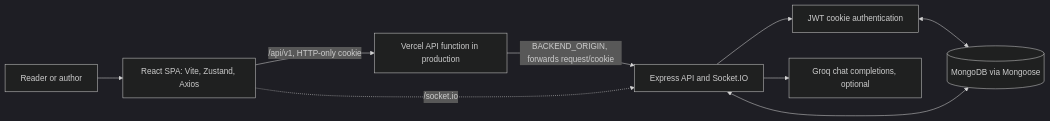
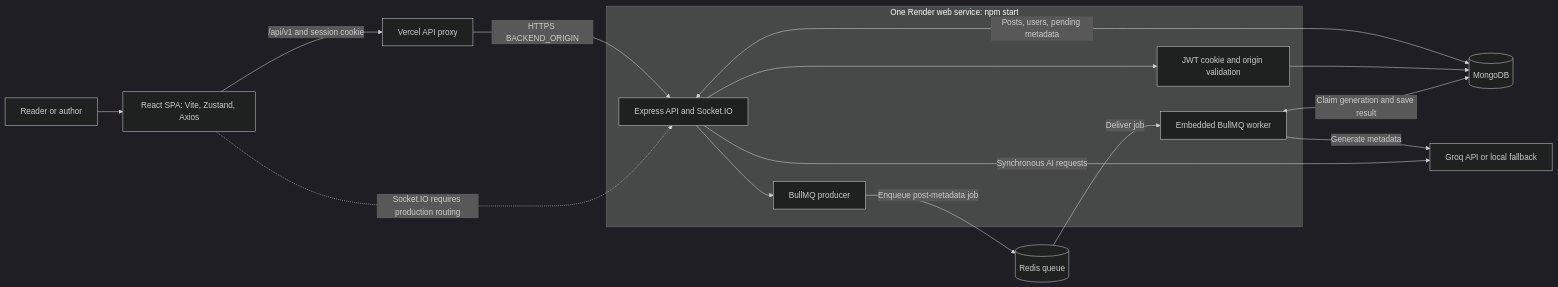
Before and after one commit to Heregaurav/inkwell: the first of 4 diagrams in README.md, drawn with Mermaid (dark theme). The commit also changed other lines of this file and 6 other files, not shown here.

````diff
--- a/README.md
+++ b/README.md
@@ -7,19 +7,22 @@
 ```mermaid
 flowchart LR
-  User[Reader or author]
-  Browser[React SPA: Vite, Zustand, Axios]
-  Proxy[Vercel API function in production]
-  API[Express API and Socket.IO]
-  Auth[JWT cookie authentication]
-  DB[(MongoDB via Mongoose)]
-  Groq[Groq chat completions, optional]
-
-  User --> Browser
-  Browser -->|/api/v1, HTTP-only cookie| Proxy
-  Proxy -->|BACKEND_ORIGIN, forwards request/cookie| API
-  API --> Auth
-  Auth <--> DB
-  API <--> DB
-  API --> Groq
-  Browser -.->|/socket.io| API
+  User["Reader or author"] --> Browser["React SPA: Vite, Zustand, Axios"]
+  Browser -->|"/api/v1 and session cookie"| Proxy["Vercel API proxy"]
+  subgraph Render["One Render web service: npm start"]
+    API["Express API and Socket.IO"]
+    Auth["JWT cookie and origin validation"]
+    Producer["BullMQ producer"]
+    Worker["Embedded BullMQ worker"]
+    API --> Auth
+    API --> Producer
+  end
+  Proxy -->|"HTTPS BACKEND_ORIGIN"| API
+  API <-->|"Posts, users, pending metadata"| DB[("MongoDB")]
+  Auth --> DB
+  Producer -->|"Enqueue post-metadata job"| Redis[("Redis queue")]
+  Redis -->|"Deliver job"| Worker
+  Worker <-->|"Claim generation and save result"| DB
+  Worker -->|"Generate metadata"| Groq["Groq API or local fallback"]
+  API -->|"Synchronous AI requests"| Groq
+  Browser -.->|"Socket.IO requires production routing"| API
 ```
````
